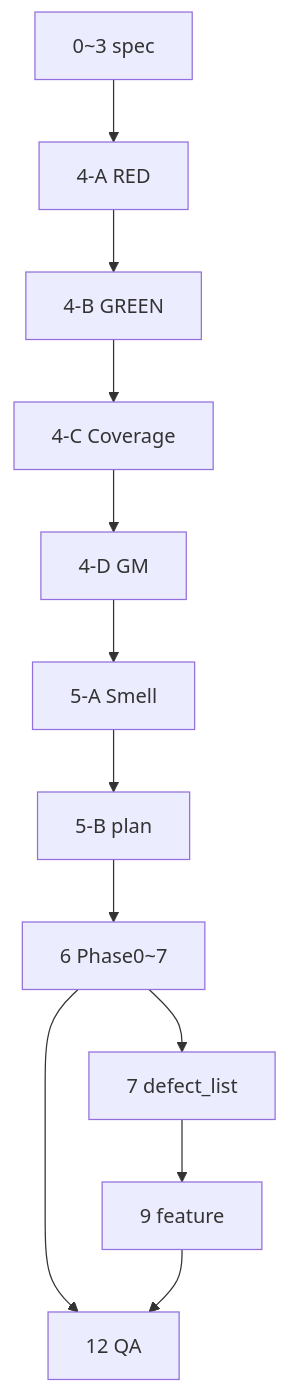
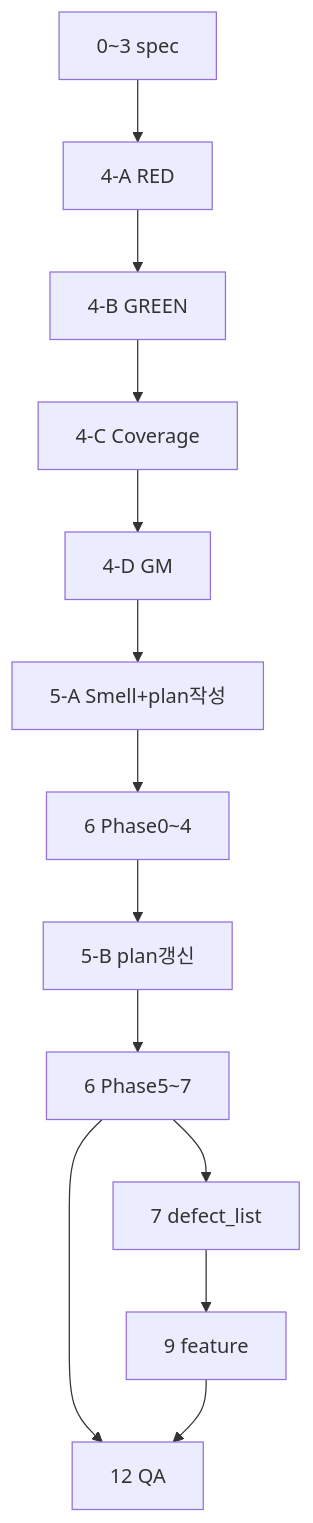
One commit to pjb5592/FeedbackAnalyzer_09 changed the second of 2 diagrams in prompt초안.md. Above: the diagram before and after it, drawn with Mermaid. The commit also changed other lines of this file, not shown here.

````diff
--- a/prompt초안.md
+++ b/prompt초안.md
@@ -285,14 +550,15 @@
 ```mermaid
 flowchart TD
     S0[0~3 spec] --> R[4-A RED]
     R --> G[4-B GREEN]
     G --> GC[4-C Coverage]
     GC --> GD[4-D GM]
-    GD --> CS[5-A Smell]
-    CS --> RP[5-B plan]
-    RP --> RF[6 Phase0~7]
-    RF --> D7[7 defect_list]
+    GD --> CS[5-A Smell+plan작성]
+    CS --> RF[6 Phase0~4]
+    RF --> UP[5-B plan갱신]
+    UP --> RF2[6 Phase5~7]
+    RF2 --> D7[7 defect_list]
     D7 --> F9[9 feature]
-    RF --> S12[12 QA]
+    RF2 --> S12[12 QA]
     F9 --> S12
 ```
````
